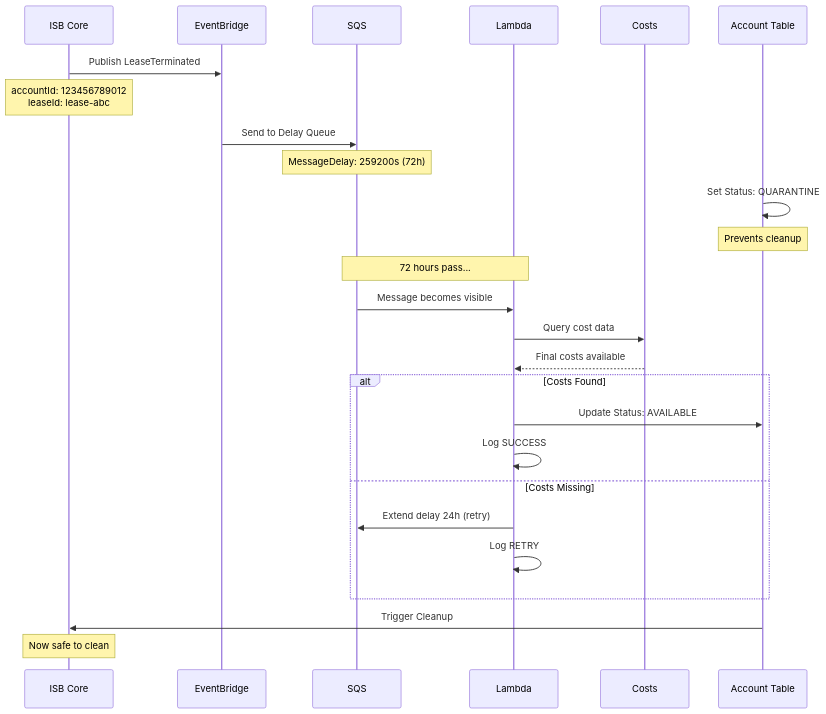
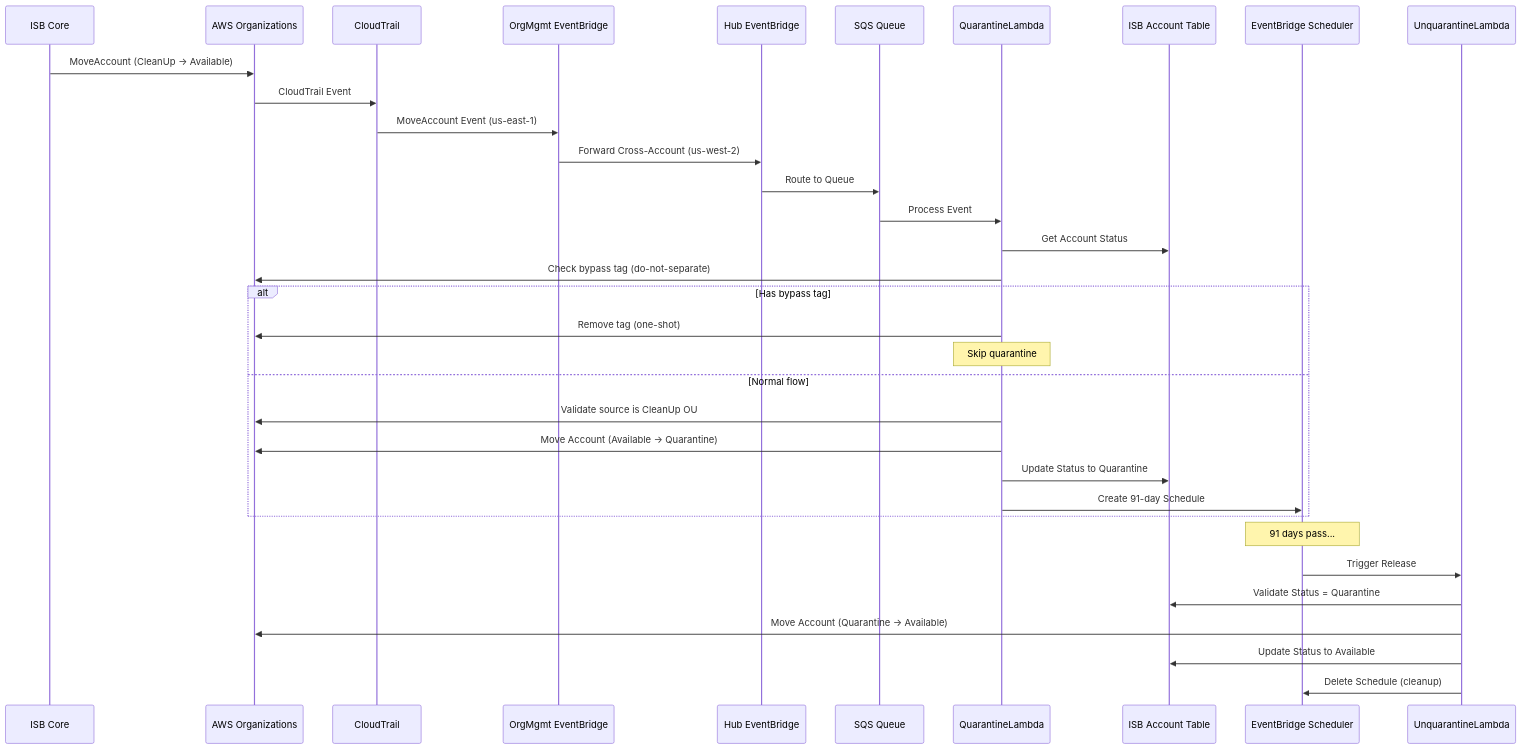
One commit to co-cddo/ndx-try-arch changed the second of 2 diagrams in docs/21-billing-separator.md. Above: the diagram before and after it, drawn with Mermaid. The commit also changed other lines of this file and 41 other files, not shown here.

First line of the commit message:
docs: update NDX architecture documentation (#9)

````diff
--- a/docs/21-billing-separator.md
+++ b/docs/21-billing-separator.md
@@ -59,35 +81,42 @@
 ```mermaid
 sequenceDiagram
-    participant ISB Core
-    participant EventBridge
-    participant SQS
-    participant Lambda
-    participant Costs
-    participant Account Table
+    participant ISB as ISB Core
+    participant Orgs as AWS Organizations
+    participant CT as CloudTrail
+    participant OrgEB as OrgMgmt EventBridge
+    participant HubEB as Hub EventBridge
+    participant SQS as SQS Queue
+    participant QLambda as QuarantineLambda
+    participant DDB as ISB Account Table
+    participant Sched as EventBridge Scheduler
+    participant UQLambda as UnquarantineLambda
 
-    ISB Core->>EventBridge: Publish LeaseTerminated
-    Note over ISB Core: accountId: 123456789012<br/>leaseId: lease-abc
+    ISB->>Orgs: MoveAccount (CleanUp -> Available)
+    Orgs->>CT: CloudTrail Event
+    CT->>OrgEB: MoveAccount Event (us-east-1)
+    OrgEB->>HubEB: Forward Cross-Account (us-west-2)
+    HubEB->>SQS: Route to Queue
 
-    EventBridge->>SQS: Send to Delay Queue
-    Note over SQS: MessageDelay: 259200s (72h)
+    SQS->>QLambda: Process Event
 
-    Account Table->>Account Table: Set Status: QUARANTINE
-    Note over Account Table: Prevents cleanup
+    QLambda->>DDB: Get Account Status
+    QLambda->>Orgs: Check bypass tag (do-not-separate)
 
-    Note over SQS,Lambda: 72 hours pass...
-
-    SQS->>Lambda: Message becomes visible
-    Lambda->>Costs: Query cost data
-    Costs-->>Lambda: Final costs available
-
-    alt Costs Found
-        Lambda->>Account Table: Update Status: AVAILABLE
-        Lambda->>Lambda: Log SUCCESS
-    else Costs Missing
-        Lambda->>SQS: Extend delay 24h (retry)
-        Lambda->>Lambda: Log RETRY
+    alt Has bypass tag
+        QLambda->>Orgs: Remove tag (one-shot)
+        Note over QLambda: Skip quarantine
+    else Normal flow
+        QLambda->>Orgs: Validate source is CleanUp OU
+        QLambda->>Orgs: Move Account (Available -> Quarantine)
+        QLambda->>DDB: Update Status to Quarantine
+        QLambda->>Sched: Create 91-day Schedule
     end
 
-    Account Table->>ISB Core: Trigger Cleanup
-    Note over ISB Core: Now safe to clean
+    Note over Sched: 91 days pass...
+
+    Sched->>UQLambda: Trigger Release
+    UQLambda->>DDB: Validate Status = Quarantine
+    UQLambda->>Orgs: Move Account (Quarantine -> Available)
+    UQLambda->>DDB: Update Status to Available
+    UQLambda->>Sched: Delete Schedule (cleanup)
 ```
````
